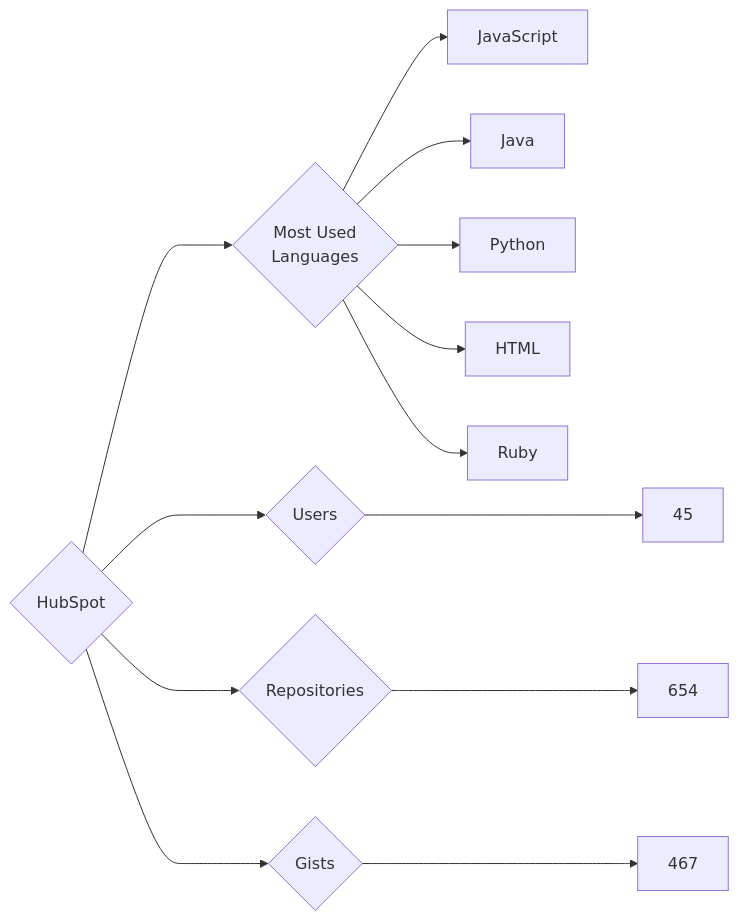
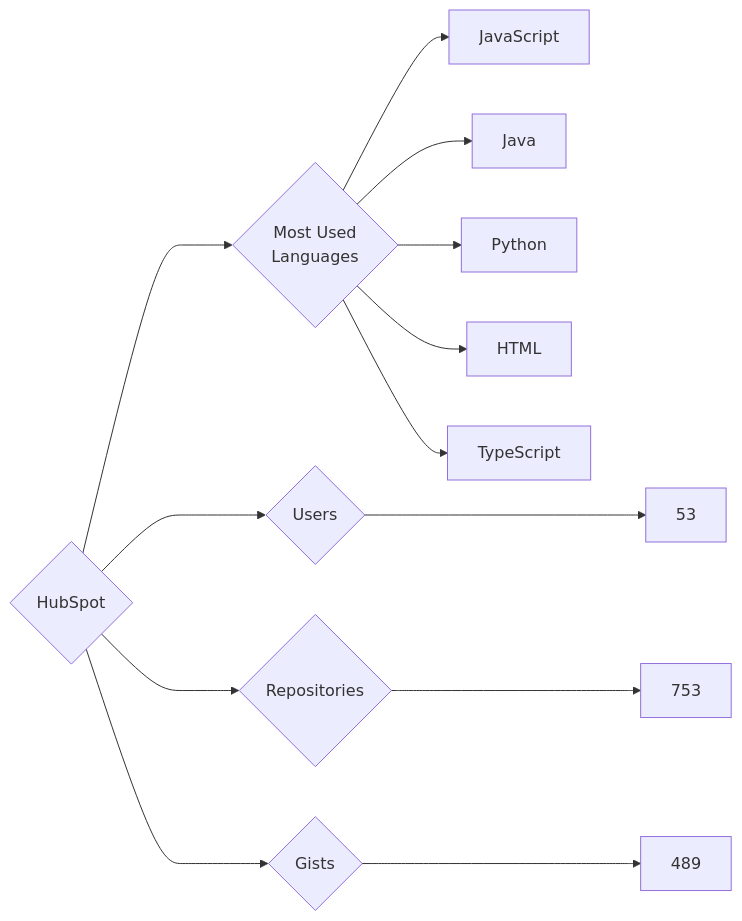
One commit to trickest/insiders changed the diagram in targets/HubSpot/README.md. Above: the diagram before and after it, drawn with Mermaid. The commit also changed 944 other files, not shown here.

````diff
--- a/targets/HubSpot/README.md
+++ b/targets/HubSpot/README.md
@@ -3,13 +3,13 @@
 ```mermaid
 graph LR
 COMPANY_NAME{HubSpot}
-COMPANY_NAME ---> U{Users} ---> UN[45]
-COMPANY_NAME ---> R{Repositories} ---> RN[654]
-COMPANY_NAME ---> G{Gists} ---> GN[467]
+COMPANY_NAME ---> U{Users} ---> UN[53]
+COMPANY_NAME ---> R{Repositories} ---> RN[753]
+COMPANY_NAME ---> G{Gists} ---> GN[489]
 COMPANY_NAME ---> ML{Most Used<br>Languages}
 ML --> JavaScript[JavaScript]
 ML --> Java[Java]
 ML --> Python[Python]
 ML --> HTML[HTML]
-ML --> Ruby[Ruby]
+ML --> TypeScript[TypeScript]
 ```
````
